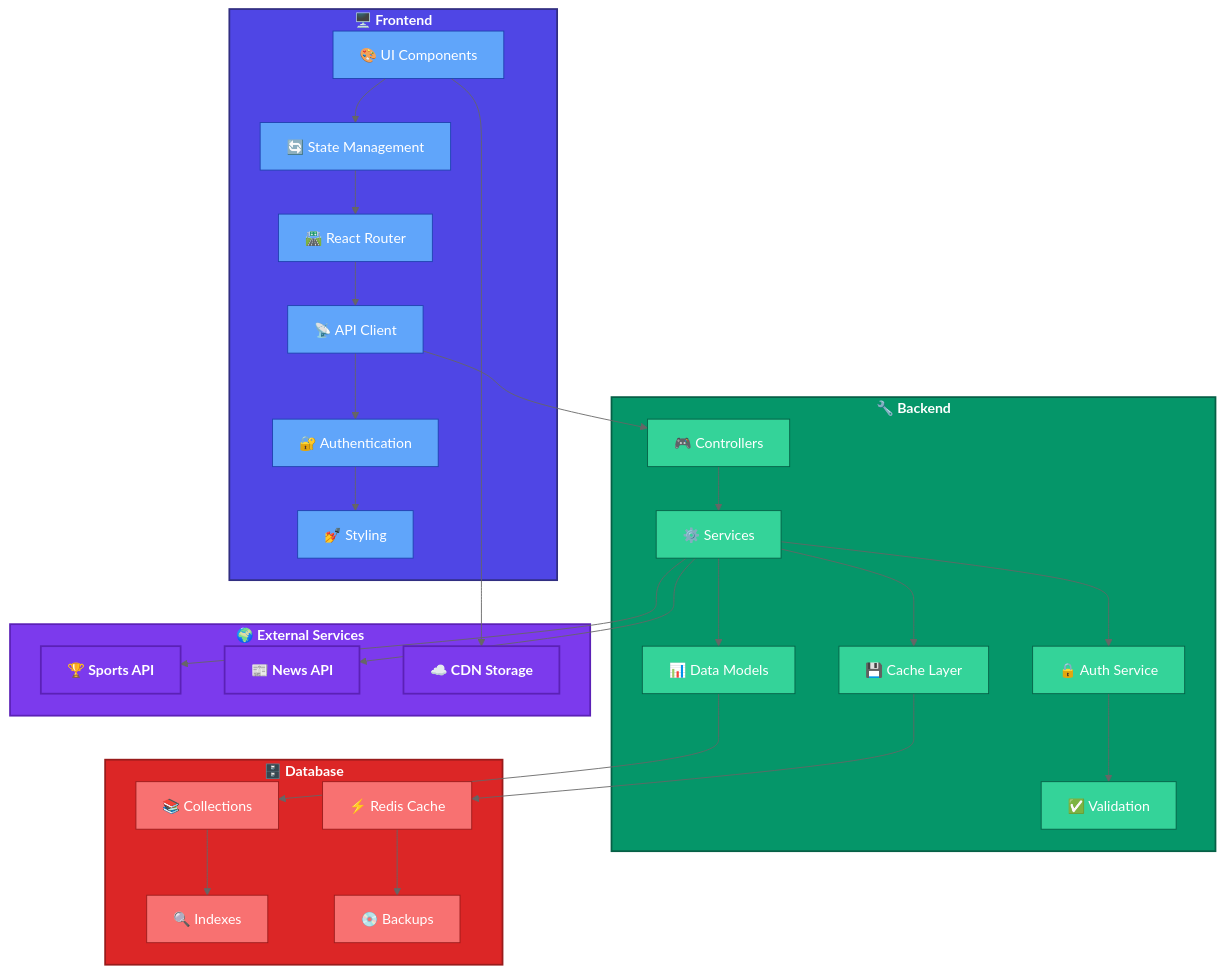
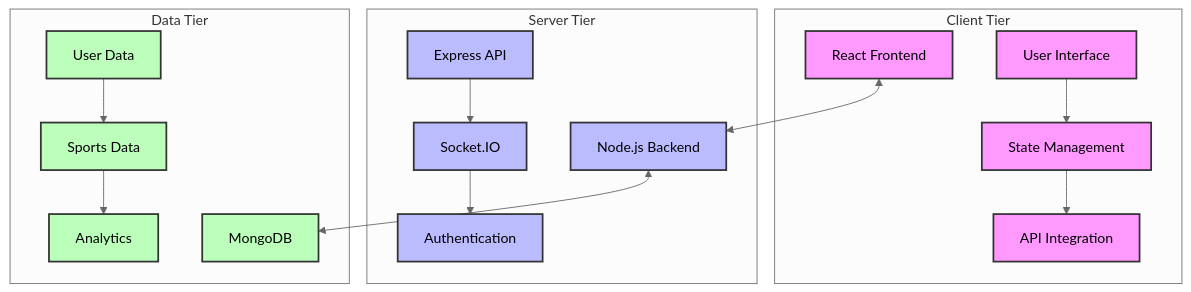
One commit to MalikShoaibAhmadKhan/sports-app changed the diagram in README.md. Above: the diagram before and after it, drawn with Mermaid (neutral theme). The commit also changed other lines of this file and 6 other files, not shown here.

````diff
--- a/README.md
+++ b/README.md
@@ -73,78 +73,39 @@
 ```mermaid
-flowchart TD
-  subgraph UI["🖥️ Frontend"]
-    A1[🎨 UI Components]
-    A2[🔄 State Management]
-    A3[🛣️ React Router]
-    A4[📡 API Client]
-    A5[🔐 Authentication]
-    A6[💅 Styling]
-  end
+graph TB
+    subgraph "Client Tier"
+        C[React Frontend]
+        C1[User Interface]
+        C2[State Management]
+        C3[API Integration]
+    end
 
-  subgraph Server["🔧 Backend"]
-    B1[🎮 Controllers]
-    B2[⚙️ Services]
-    B3[🔒 Auth Service]
-    B4[💾 Cache Layer]
-    B5[✅ Validation]
-    B6[📊 Data Models]
-  end
+    subgraph "Server Tier"
+        S[Node.js Backend]
+        S1[Express API]
+        S2[Socket.IO]
+        S3[Authentication]
+    end
 
-  subgraph DB["🗄️ Database"]
-    C1[📚 Collections]
-    C2[🔍 Indexes]
-    C3[⚡ Redis Cache]
-    C4[💿 Backups]
-  end
+    subgraph "Data Tier"
+        D[MongoDB]
+        D1[User Data]
+        D2[Sports Data]
+        D3[Analytics]
+    end
 
-  subgraph External["🌍 External Services"]
-    D1[🏆 Sports API]
-    D2[📰 News API]
-    D3[☁️ CDN Storage]
-  end
+    C <--> S
+    S <--> D
+    C1 --> C2
+    C2 --> C3
+    S1 --> S2
+    S2 --> S3
+    D1 --> D2
+    D2 --> D3
 
-  %% Frontend connections
-  A1 --> A2
-  A2 --> A3
-  A3 --> A4
-  A4 --> A5
-  A5 --> A6
-
-  %% Backend connections
-  A4 --> B1
-  B1 --> B2
-  B2 --> B3
-  B2 --> B6
-  B2 --> B4
-  B3 --> B5
-
-  %% Database connections
-  B6 --> C1
-  C1 --> C2
-  B4 --> C3
-  C3 --> C4
-
-  %% External connections
-  B2 --> D1
-  B2 --> D2
-  A1 --> D3
-
-  %% Styling
-  classDef frontend fill:#4F46E5,stroke:#312E81,stroke-width:2px,color:white,font-weight:bold
-  classDef backend fill:#059669,stroke:#065F46,stroke-width:2px,color:white,font-weight:bold
-  classDef database fill:#DC2626,stroke:#991B1B,stroke-width:2px,color:white,font-weight:bold
-  classDef external fill:#7C3AED,stroke:#5B21B6,stroke-width:2px,color:white,font-weight:bold
-  classDef component fill:#60A5FA,stroke:#1E40AF,stroke-width:1px,color:white
-  classDef service fill:#34D399,stroke:#065F46,stroke-width:1px,color:white
-  classDef data fill:#F87171,stroke:#991B1B,stroke-width:1px,color:white
-
-  %% Apply styles
-  class UI frontend
-  class Server backend
-  class DB database
-  class External external
-  class A1,A2,A3,A4,A5,A6 component
-  class B1,B2,B3,B4,B5,B6 service
-  class C1,C2,C3,C4 data
-  class D1,D2,D3 external
+    classDef client fill:#f9f,stroke:#333,stroke-width:2px
+    classDef server fill:#bbf,stroke:#333,stroke-width:2px
+    classDef data fill:#bfb,stroke:#333,stroke-width:2px
+    class C,C1,C2,C3 client
+    class S,S1,S2,S3 server
+    class D,D1,D2,D3 data
 ```
````
